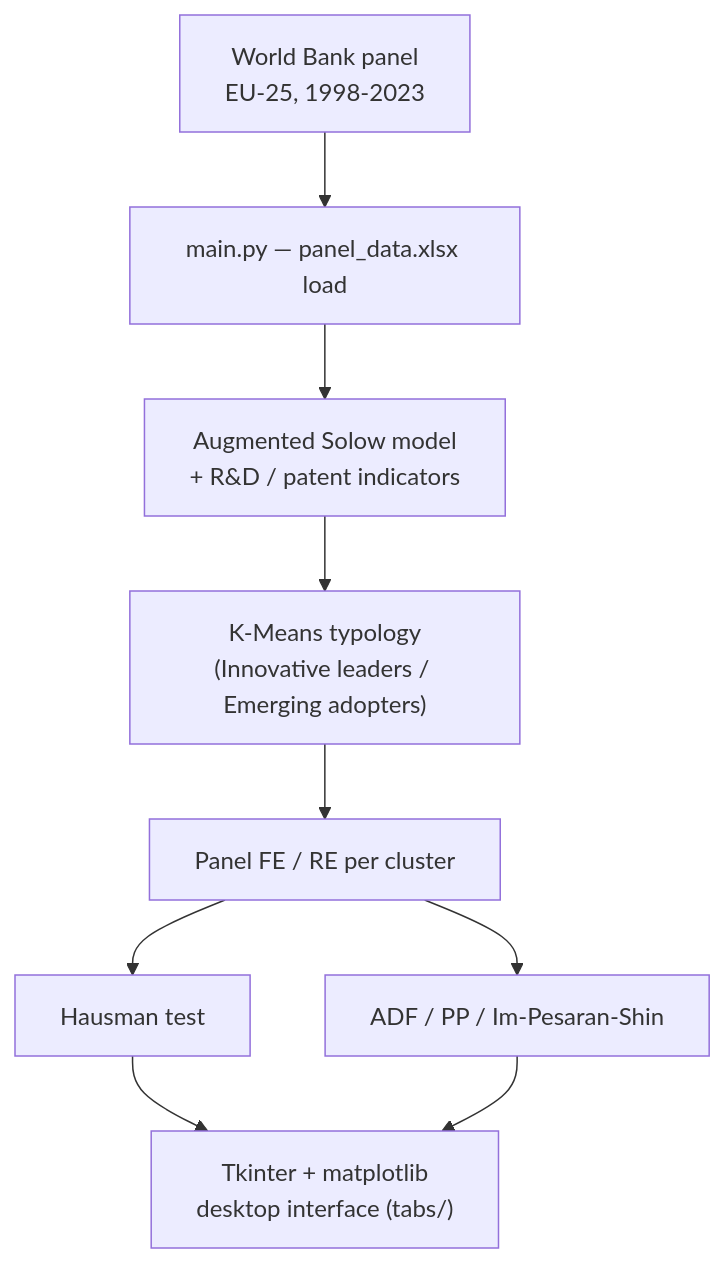
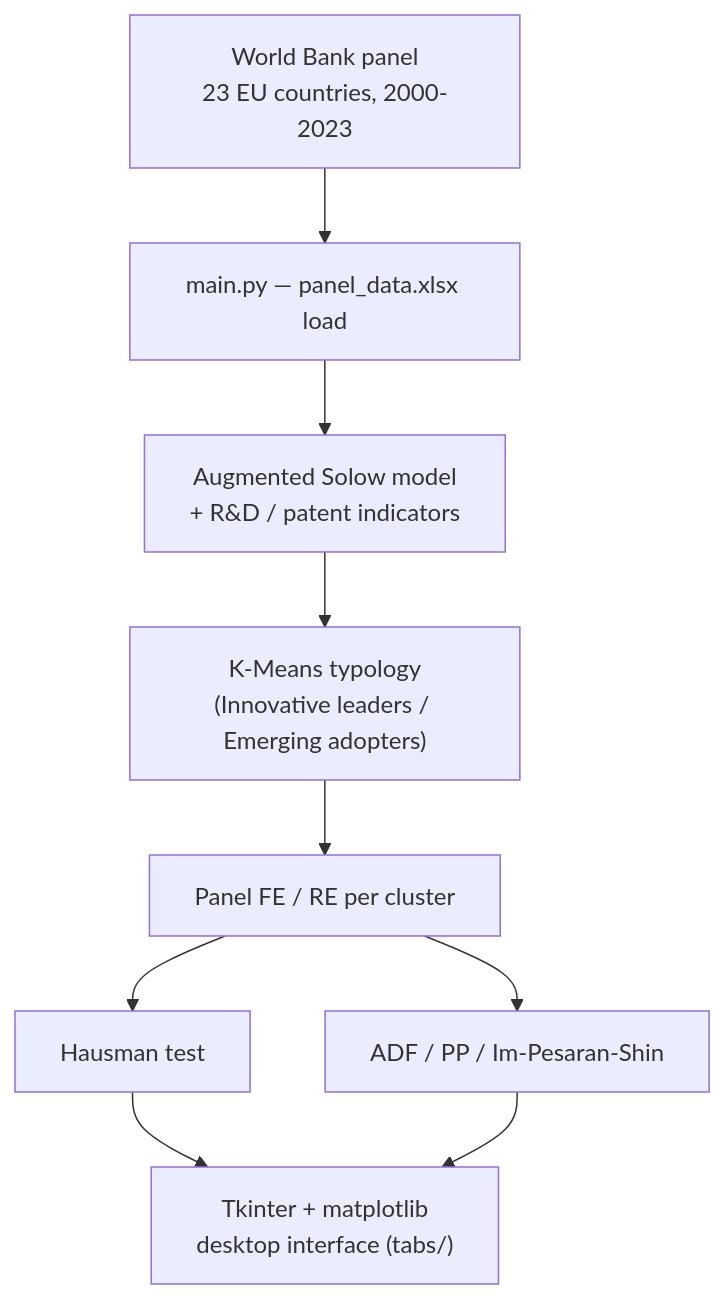
Before and after one commit to andrm101/thesis-interface-build: the diagram in README.md, drawn with Mermaid. The commit also changed other lines of this file and 2 other files, not shown here.

First line of the commit message:
fix: correct misstated dataset coverage (23 countries/2000-2023, not EU-25/1998-2023)

````diff
--- a/README.md
+++ b/README.md
@@ -40,11 +42,11 @@
 ```mermaid
 flowchart TD
-    WB["World Bank panel<br/>EU-25, 1998-2023"] --> Load["main.py — panel_data.xlsx load"]
+    WB["World Bank panel<br/>23 EU countries, 2000-2023"] --> Load["main.py — panel_data.xlsx load"]
     Load --> Solow["Augmented Solow model<br/>+ R&D / patent indicators"]
     Solow --> KMeans["K-Means typology<br/>(Innovative leaders / Emerging adopters)"]
     KMeans --> FERE["Panel FE / RE per cluster"]
     FERE --> Hausman["Hausman test"]
     FERE --> UnitRoot["ADF / PP / Im-Pesaran-Shin"]
     Hausman --> UI["Tkinter + matplotlib<br/>desktop interface (tabs/)"]
     UnitRoot --> UI
 ```
````
